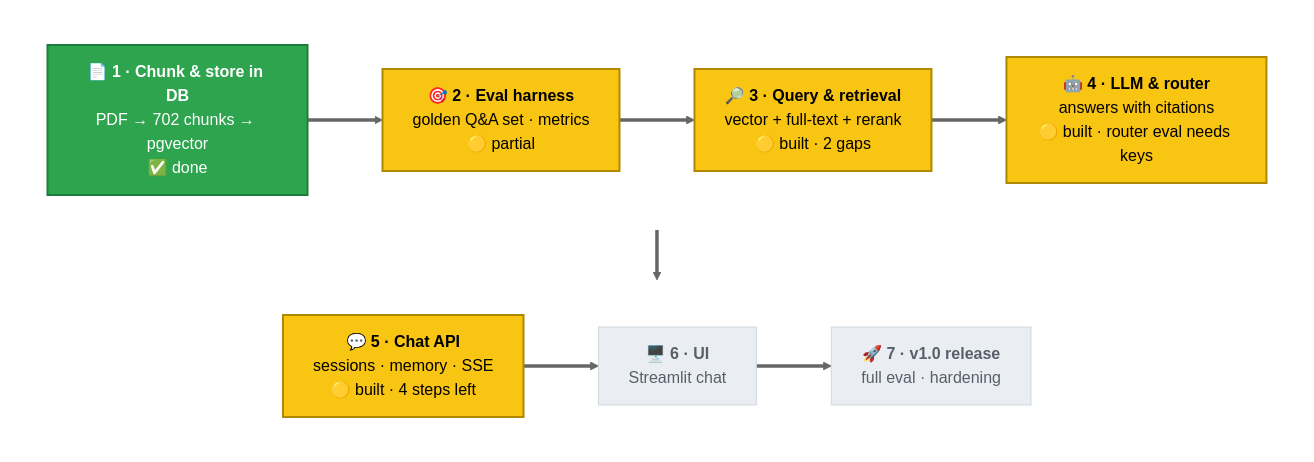
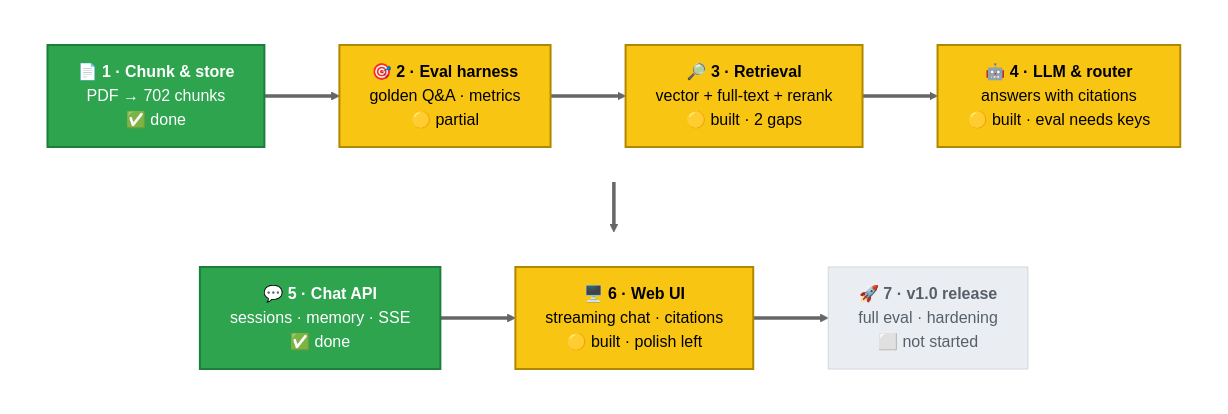
The diagram in docs/diagrams/roadmap.mmd (sshubham07/anuchhed-ai), drawn with Mermaid (neutral theme) before and after one commit. The commit also changed 14 other files, not shown here.

First line of the commit message:
docs(readme): uniform diagram sizes and a web UI section

```diff
--- a/docs/diagrams/roadmap.mmd
+++ b/docs/diagrams/roadmap.mmd
@@ -1,15 +1,15 @@
 flowchart TB
     subgraph ROW1 [" "]
         direction LR
-        P1["📄 <b>1 · Chunk & store in DB</b><br/>PDF → 702 chunks → pgvector<br/>✅ done"]:::done ==> P2["🎯 <b>2 · Eval harness</b><br/>golden Q&A set · metrics<br/>🟡 partial"]:::next ==> P3["🔎 <b>3 · Query & retrieval</b><br/>vector + full-text + rerank<br/>🟡 built · 2 gaps"]:::next ==> P4["🤖 <b>4 · LLM & router</b><br/>answers with citations<br/>🟡 built · router eval needs keys"]:::next
+        P1["📄 <b>1 · Chunk & store</b><br/>PDF → 702 chunks<br/>✅ done"]:::done ==> P2["🎯 <b>2 · Eval harness</b><br/>golden Q&A · metrics<br/>🟡 partial"]:::next ==> P3["🔎 <b>3 · Retrieval</b><br/>vector + full-text + rerank<br/>🟡 built · 2 gaps"]:::next ==> P4["🤖 <b>4 · LLM & router</b><br/>answers with citations<br/>🟡 built · eval needs keys"]:::next
     end
     subgraph ROW2 [" "]
         direction LR
-        P5["💬 <b>5 · Chat API</b><br/>sessions · memory · SSE<br/>🟡 built · 4 steps left"]:::next ==> P6["🖥️ <b>6 · UI</b><br/>Streamlit chat"]:::todo ==> P7["🚀 <b>7 · v1.0 release</b><br/>full eval · hardening"]:::todo
+        P5["💬 <b>5 · Chat API</b><br/>sessions · memory · SSE<br/>✅ done"]:::done ==> P6["🖥️ <b>6 · Web UI</b><br/>streaming chat · citations<br/>🟡 built · polish left"]:::next ==> P7["🚀 <b>7 · v1.0 release</b><br/>full eval · hardening<br/>⬜ not started"]:::todo
     end
     ROW1 ==> ROW2
     classDef done fill:#2ea44f,color:#fff,stroke:#1b7f3b,stroke-width:2px
     classDef next fill:#f9c513,color:#000,stroke:#b08800,stroke-width:2px
     classDef todo fill:#eaeef2,color:#57606a,stroke:#d0d7de
     style ROW1 fill:none,stroke:none
     style ROW2 fill:none,stroke:none
```
